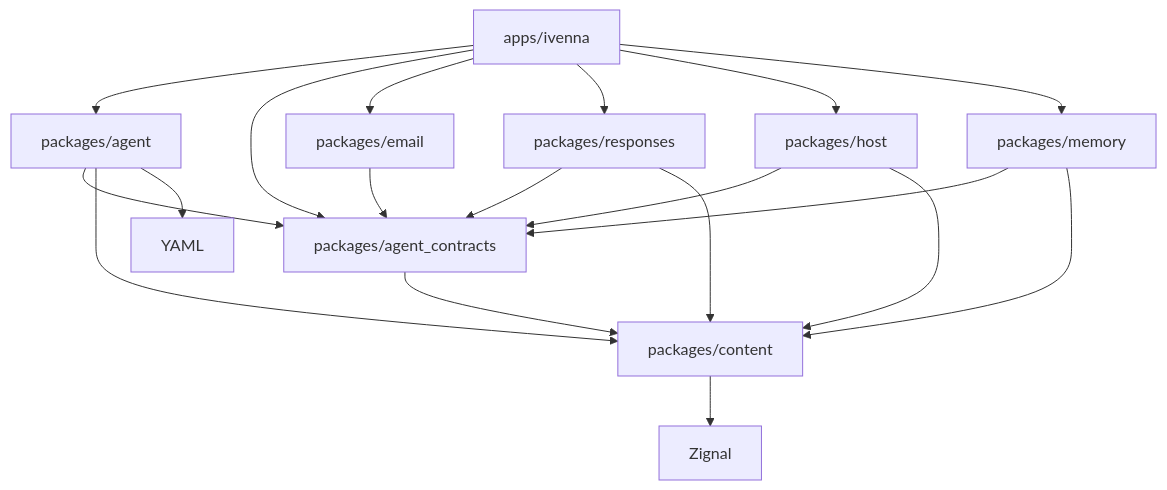
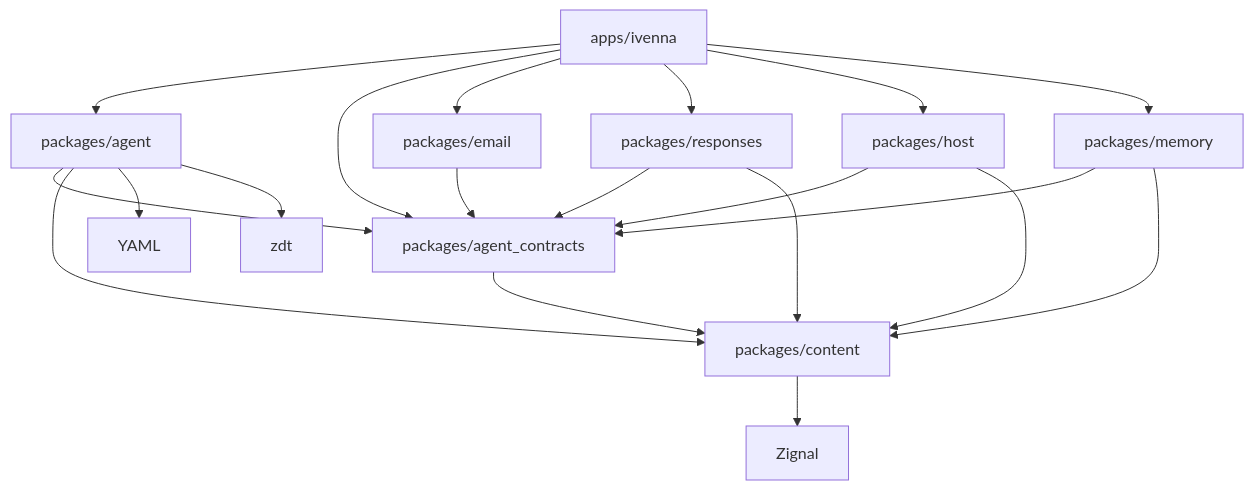
One commit to Ivenna/Ivenna changed the diagram in docs/architecture.md. Above: the diagram before and after it, drawn with Mermaid. The commit also changed other lines of this file and 17 other files, not shown here.

````diff
--- a/docs/architecture.md
+++ b/docs/architecture.md
@@ -25,21 +25,22 @@
 ```mermaid
 flowchart TD
     App[apps/ivenna] --> Agent[packages/agent]
     App --> Contracts[packages/agent_contracts]
     App --> Email[packages/email]
     App --> Responses[packages/responses]
     App --> Host[packages/host]
     App --> Memory[packages/memory]
     Agent --> Contracts
     Email --> Contracts
     Responses --> Contracts
     Host --> Contracts
     Memory --> Contracts
     Host --> Content[packages/content]
     Memory --> Content
     Responses --> Content
     Agent --> Content
     Contracts --> Content
     Content --> Zignal[Zignal]
     Agent --> YAML[YAML]
+    Agent --> Zdt[zdt]
 ```
````
